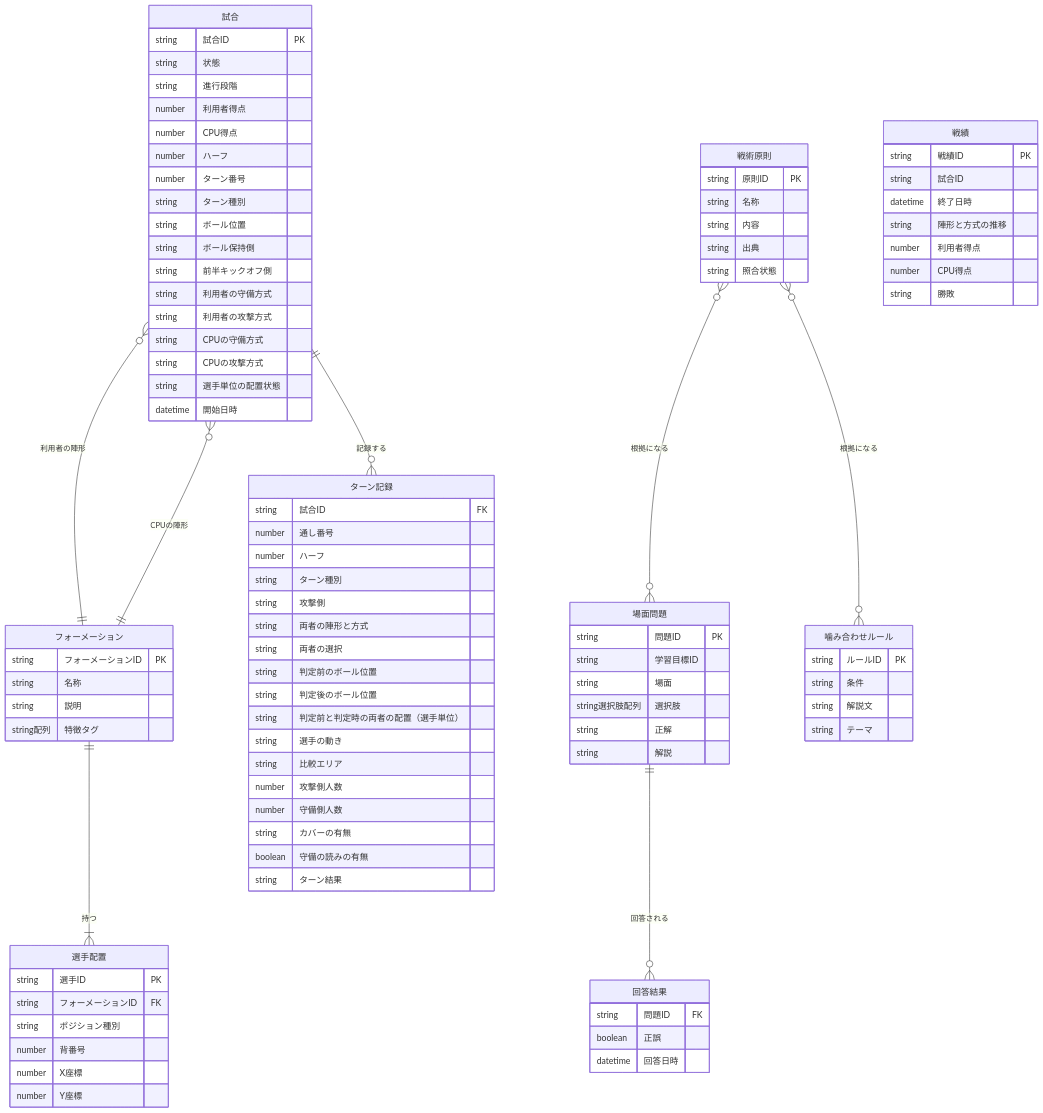
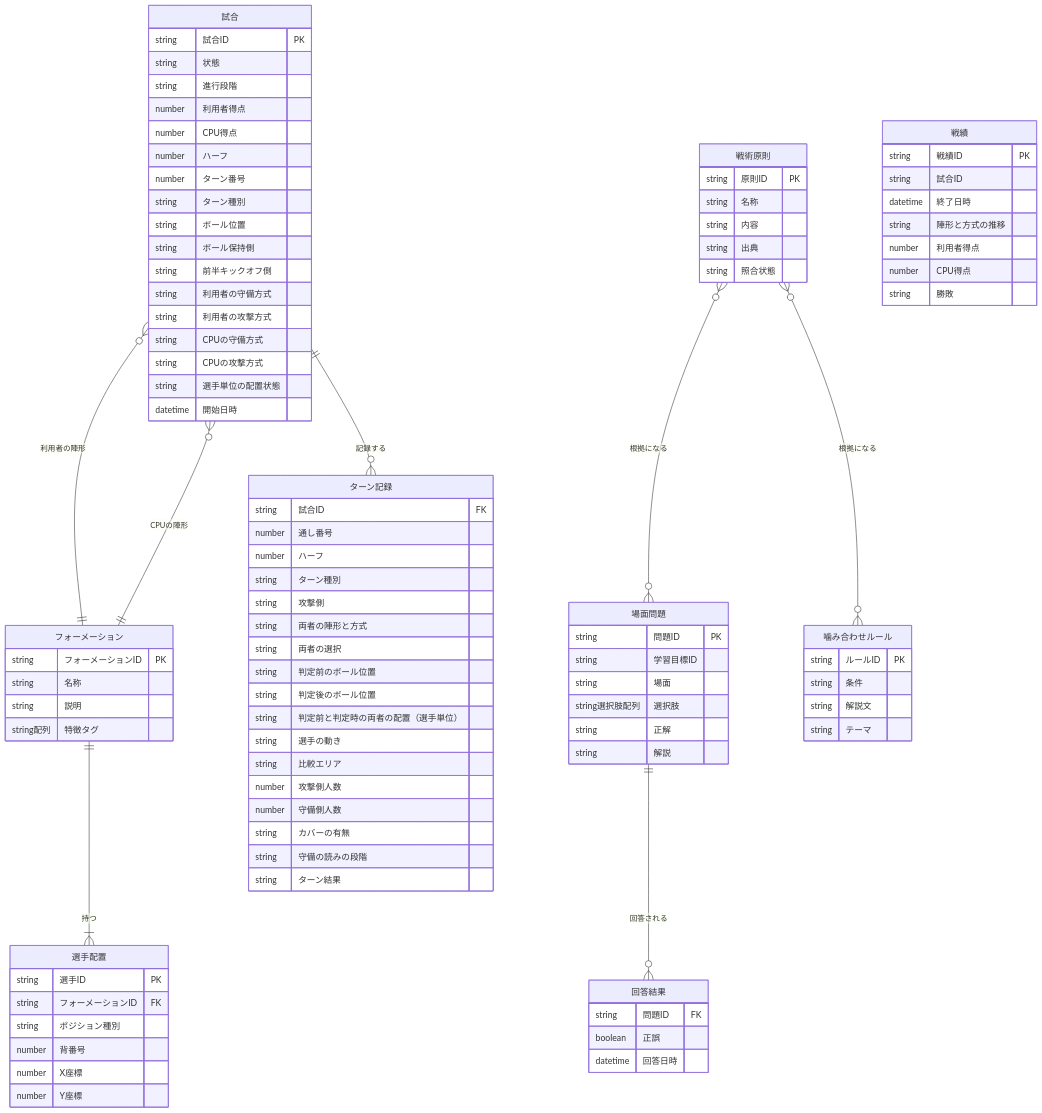
The second of 4 diagrams in docs/specs/1_requirements/functional-overview.md (n-yata/soccer-sim), drawn with Mermaid before and after one commit. The commit also changed other lines of this file and 30 other files, not shown here.

```diff
--- a/docs/specs/1_requirements/functional-overview.md
+++ b/docs/specs/1_requirements/functional-overview.md
@@ -142,7 +142,7 @@
         number 攻撃側人数
         number 守備側人数
         string カバーの有無
-        boolean 守備の読みの有無
+        string 守備の読みの段階
         string ターン結果
     }
     戦績 {
```
